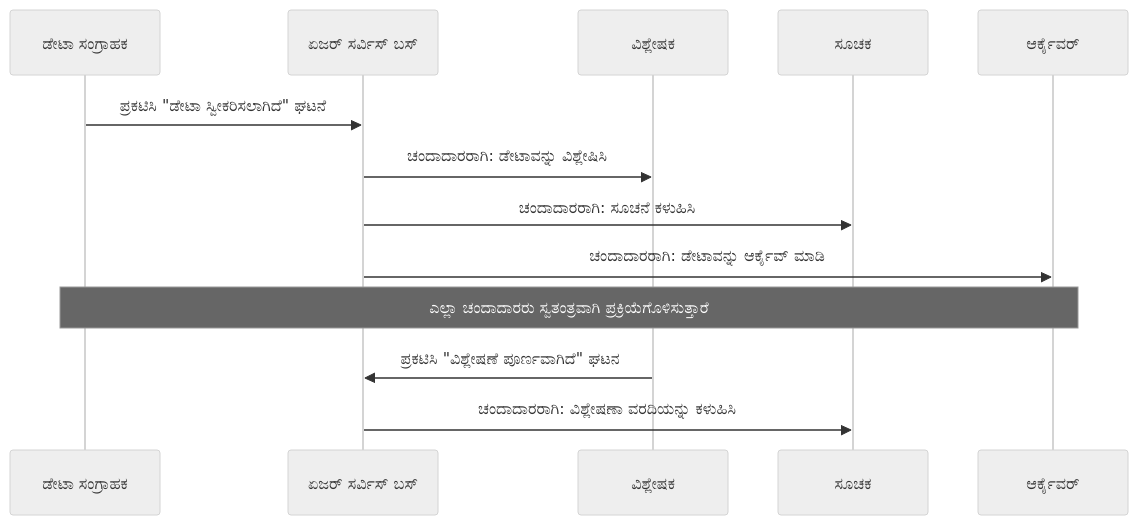
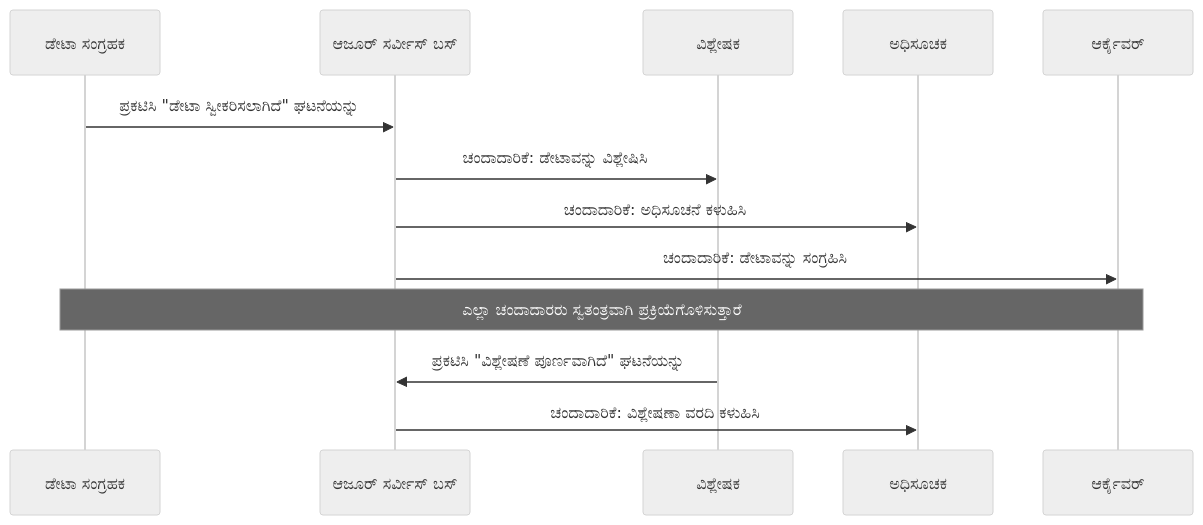
Before and after one commit to microsoft/AZD-for-beginners: the fourth of 6 diagrams in translations/kn/docs/chapter-06-pre-deployment/coordination-patterns.md, drawn with Mermaid (neutral theme). The commit also changed other lines of this file and 102 other files, not shown here.

````diff
--- a/translations/kn/docs/chapter-06-pre-deployment/coordination-patterns.md
+++ b/translations/kn/docs/chapter-06-pre-deployment/coordination-patterns.md
@@ -191,18 +185,18 @@
 ```mermaid
 sequenceDiagram
-    participant Agent1 as ಡೇಟಾ ಸಂಗ್ರಾಹಕ
-    participant EventBus as ಏಜರ್ ಸರ್ವಿಸ್ ಬಸ್
+    participant Agent1 as ಡೇಟಾ ಸಂಗ್ರಹಕ
+    participant EventBus as ಆಜೂರ್ ಸರ್ವೀಸ್ ಬಸ್
     participant Agent2 as ವಿಶ್ಲೇಷಕ
-    participant Agent3 as ಸೂಚಕ
+    participant Agent3 as ಅಧಿಸೂಚಕ
     participant Agent4 as ಆರ್ಕೈವರ್
     
-    Agent1->>EventBus: ಪ್ರಕಟಿಸಿ "ಡೇಟಾ ಸ್ವೀಕರಿಸಲಾಗಿದೆ" ಘಟನೆ
-    EventBus->>Agent2: ಚಂದಾದಾರರಾಗಿ: ಡೇಟಾವನ್ನು ವಿಶ್ಲೇಷಿಸಿ
-    EventBus->>Agent3: ಚಂದಾದಾರರಾಗಿ: ಸೂಚನೆ ಕಳುಹಿಸಿ
-    EventBus->>Agent4: ಚಂದಾದಾರರಾಗಿ: ಡೇಟಾವನ್ನು ಆರ್ಕೈವ್ ಮಾಡಿ
+    Agent1->>EventBus: ಪ್ರಕಟಿಸಿ "ಡೇಟಾ ಸ್ವೀಕರಿಸಲಾಗಿದೆ" ಘಟನೆಯನ್ನು
+    EventBus->>Agent2: ಚಂದಾದಾರಿಕೆ: ಡೇಟಾವನ್ನು ವಿಶ್ಲೇಷಿಸಿ
+    EventBus->>Agent3: ಚಂದಾದಾರಿಕೆ: ಅಧಿಸೂಚನೆ ಕಳುಹಿಸಿ
+    EventBus->>Agent4: ಚಂದಾದಾರಿಕೆ: ಡೇಟಾವನ್ನು ಸಂಗ್ರಹಿಸಿ
     
     Note over Agent1,Agent4: ಎಲ್ಲಾ ಚಂದಾದಾರರು ಸ್ವತಂತ್ರವಾಗಿ ಪ್ರಕ್ರಿಯೆಗೊಳಿಸುತ್ತಾರೆ
     
-    Agent2->>EventBus: ಪ್ರಕಟಿಸಿ "ವಿಶ್ಲೇಷಣೆ ಪೂರ್ಣವಾಗಿದೆ" ಘಟನ
-    EventBus->>Agent3: ಚಂದಾದಾರರಾಗಿ: ವಿಶ್ಲೇಷಣಾ ವರದಿಯನ್ನು ಕಳುಹಿಸಿ
+    Agent2->>EventBus: ಪ್ರಕಟಿಸಿ "ವಿಶ್ಲೇಷಣೆ ಪೂರ್ಣವಾಗಿದೆ" ಘಟನೆಯನ್ನು
+    EventBus->>Agent3: ಚಂದಾದಾರಿಕೆ: ವಿಶ್ಲೇಷಣಾ ವರದಿ ಕಳುಹಿಸಿ
 ```
````
